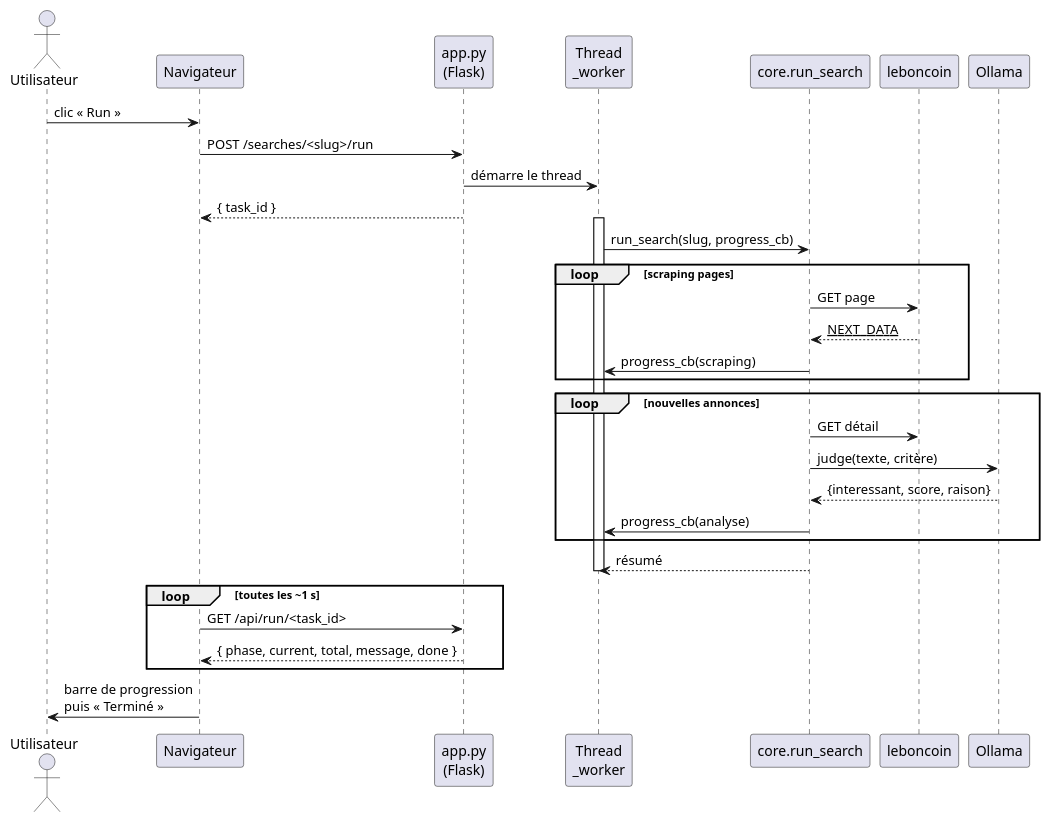
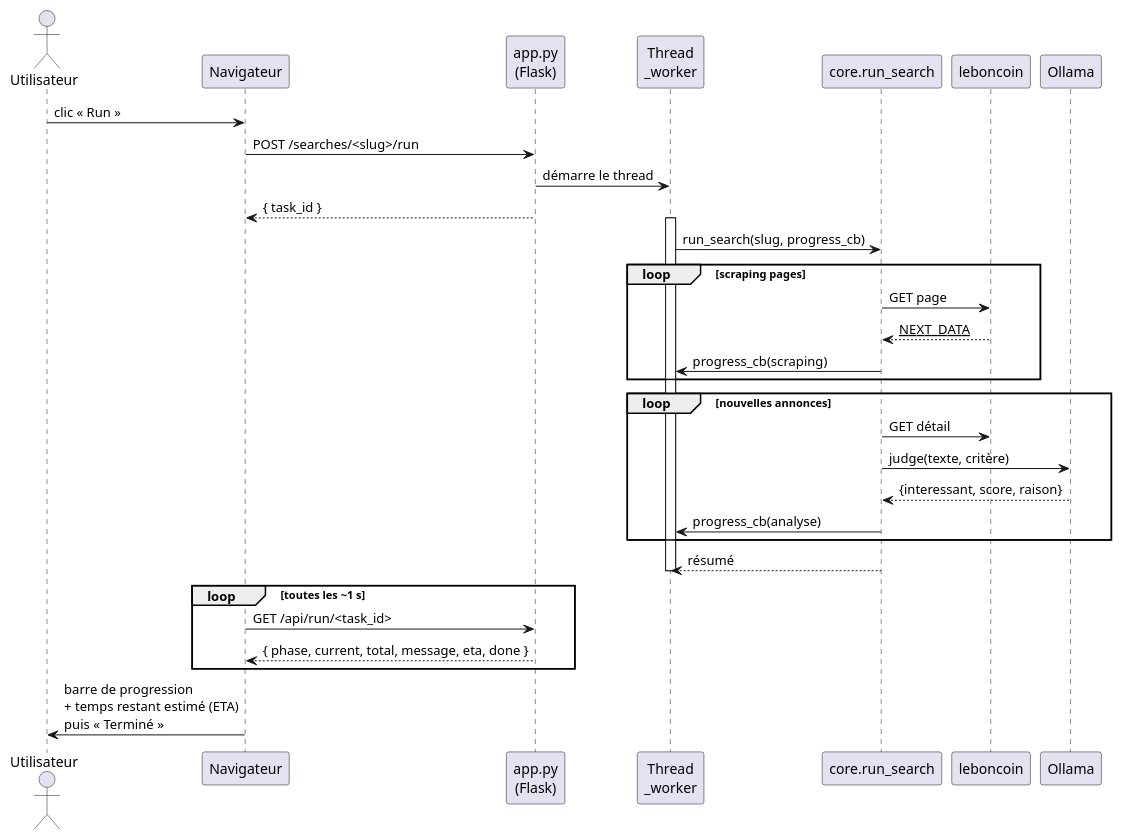
Before and after one commit to Pierre3851/lebonparser: the fourth of 8 diagrams in docs/architecture.md, drawn with PlantUML. The commit also changed other lines of this file and 2 other files, not shown here.

First line of the commit message:
Doc : pipeline d'analyse, ETA et repère perf/coût

````diff
--- a/docs/architecture.md
+++ b/docs/architecture.md
@@ -156,39 +156,39 @@
 ```plantuml
 @startuml
 skinparam shadowing false
 actor Utilisateur as U
 participant "Navigateur" as B
 participant "app.py\n(Flask)" as F
 participant "Thread\n_worker" as W
 participant "core.run_search" as C
 participant "leboncoin" as LBC
 participant "Ollama" as O
 
 U -> B : clic « Run »
 B -> F : POST /searches/<slug>/run
 F -> W : démarre le thread
 F --> B : { task_id }
 
 activate W
 W -> C : run_search(slug, progress_cb)
 loop scraping pages
   C -> LBC : GET page
   LBC --> C : __NEXT_DATA__
   C -> W : progress_cb(scraping)
 end
 loop nouvelles annonces
   C -> LBC : GET détail
   C -> O : judge(texte, critère)
   O --> C : {interessant, score, raison}
   C -> W : progress_cb(analyse)
 end
 C --> W : résumé
 deactivate W
 
 loop toutes les ~1 s
   B -> F : GET /api/run/<task_id>
-  F --> B : { phase, current, total, message, done }
+  F --> B : { phase, current, total, message, eta, done }
 end
-B -> U : barre de progression\npuis « Terminé »
+B -> U : barre de progression\n+ temps restant estimé (ETA)\npuis « Terminé »
 @enduml
 ```
````
